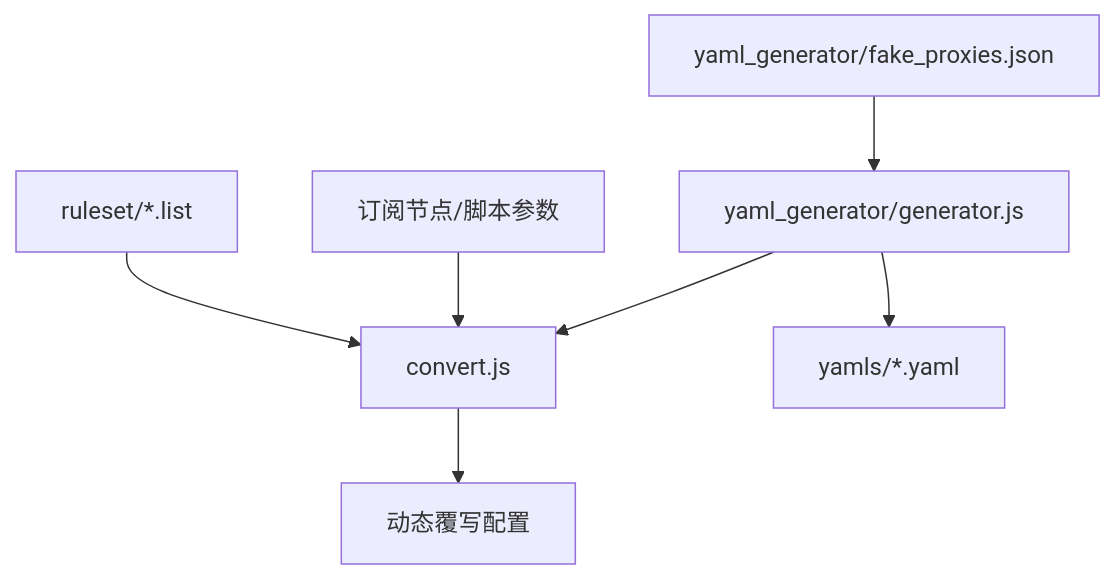
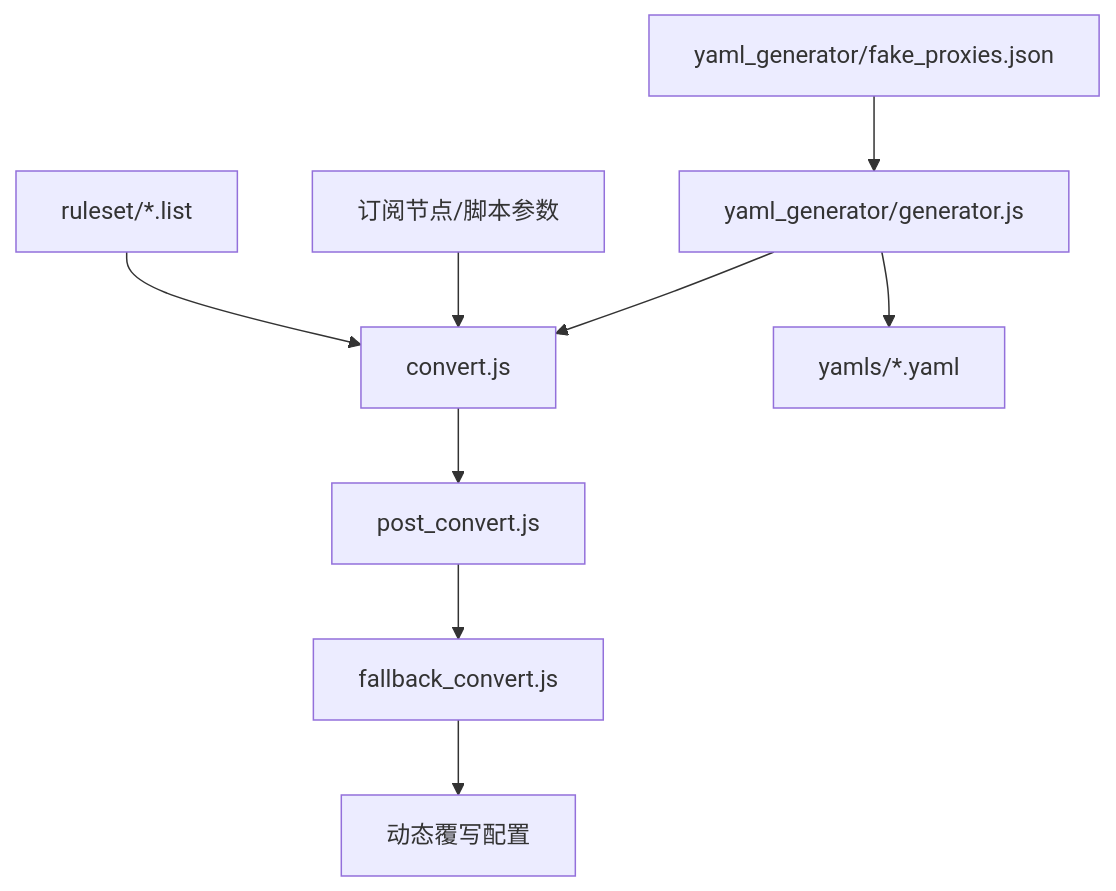
One commit to xgblack/override-rules changed the first of 2 diagrams in helloagents/wiki/arch.md. Above: the diagram before and after it, drawn with Mermaid. The commit also changed other lines of this file and 5 other files, not shown here.

First line of the commit message:
✨feat(convert): 添加兜底覆写脚本 fallback_convert.js

````diff
--- a/helloagents/wiki/arch.md
+++ b/helloagents/wiki/arch.md
@@ -4,9 +4,11 @@
 ```mermaid
 flowchart TD
     Ruleset[ruleset/*.list] --> Convert[convert.js]
     Params[订阅节点/脚本参数] --> Convert
-    Convert --> Output[动态覆写配置]
+    Convert --> PostConvert[post_convert.js]
+    PostConvert --> Fallback[fallback_convert.js]
+    Fallback --> Output[动态覆写配置]
     Fake[yaml_generator/fake_proxies.json] --> Generator[yaml_generator/generator.js]
     Generator --> Convert
     Generator --> Yamls[yamls/*.yaml]
 ```
````
